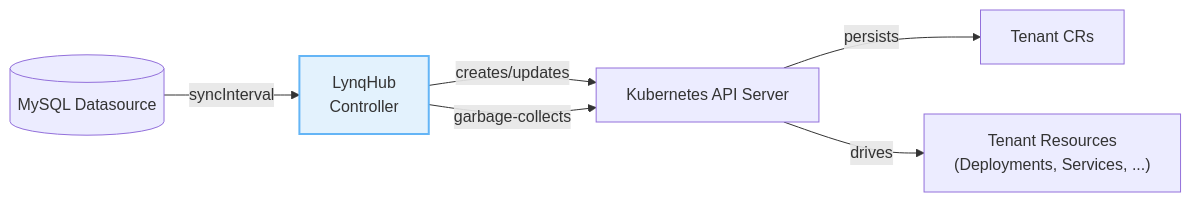
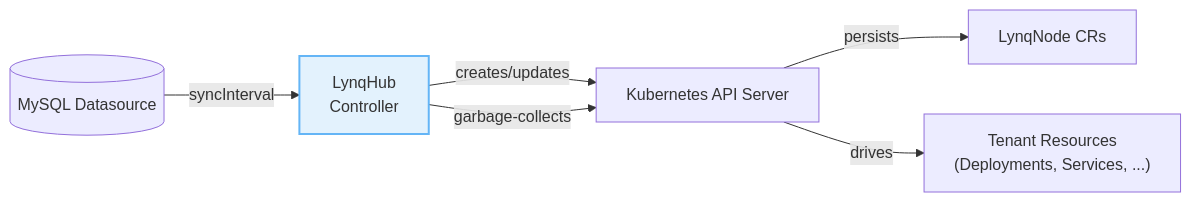
The first of 3 diagrams in docs/datasource.md (kubernetes-tenants/tenant-operator), drawn with Mermaid before and after one commit. The commit also changed other lines of this file and 20 other files, not shown here.

Commit message:
Update documentation to use LynqNode instead of Tenant

````diff
--- a/docs/datasource.md
+++ b/docs/datasource.md
@@ -24,17 +24,17 @@
 ```mermaid
 flowchart LR
     DB[(MySQL Datasource)]
     Sync[LynqHub<br/>Controller]
     API[Kubernetes API Server]
-    Tenants[Tenant CRs]
+    Tenants[LynqNode CRs]
     Resources["Tenant Resources<br/>(Deployments, Services, ...)"]
 
     DB -- syncInterval --> Sync
     Sync -- creates/updates --> API
     API -- persists --> Tenants
     Sync -- garbage-collects --> API
     API -- drives --> Resources
 
     classDef controller fill:#e3f2fd,stroke:#64b5f6,stroke-width:2px;
     class Sync controller;
 ```
````
